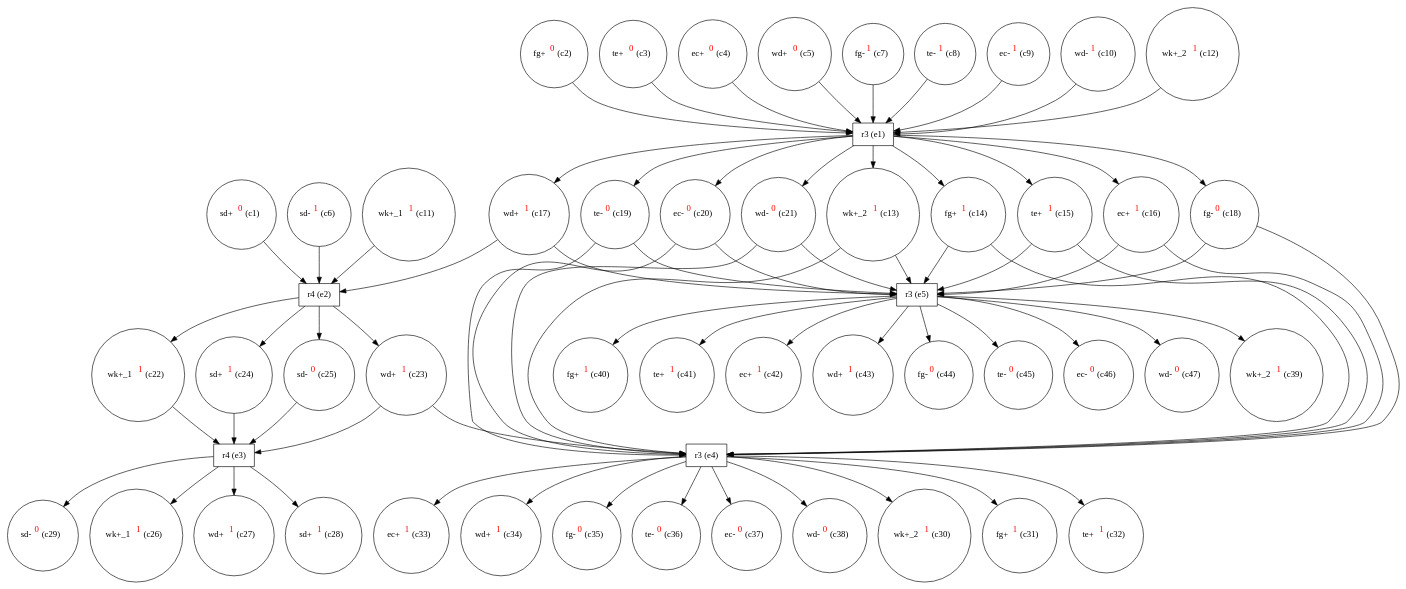
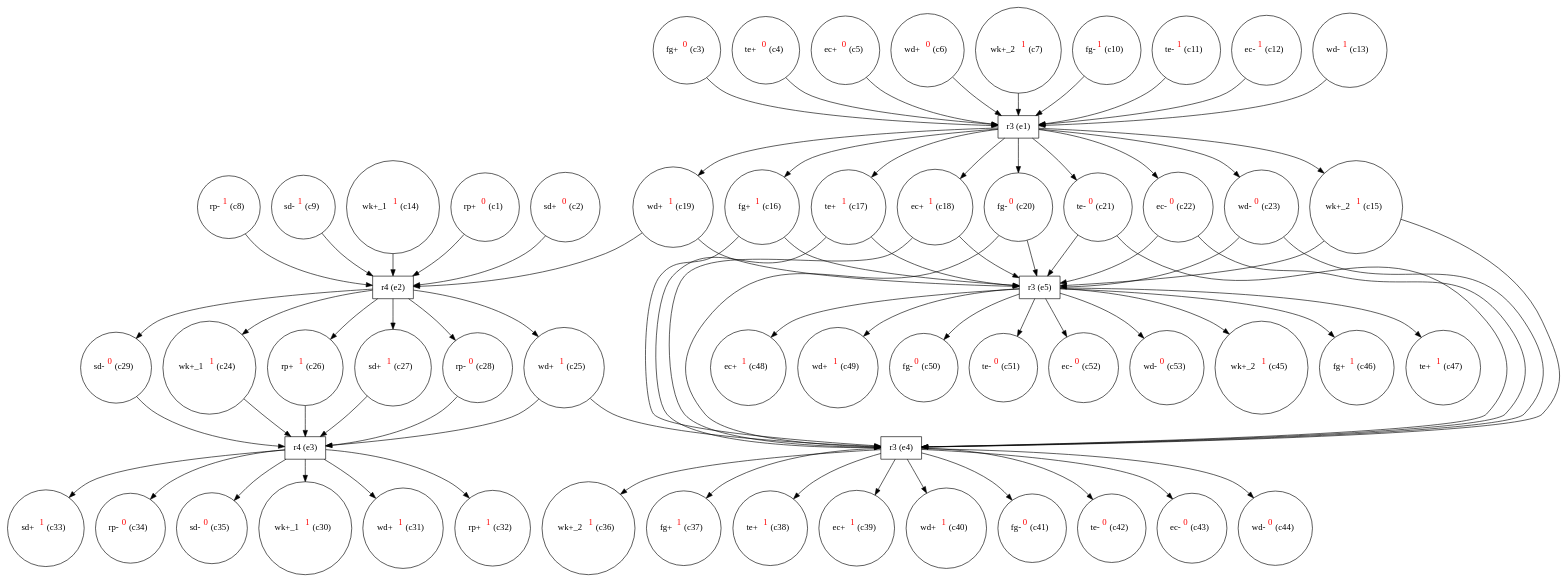
One commit to giannkas/ecofolder changed the diagram in termites_r3_eg.dot. Above: the diagram before and after it, drawn with Graphviz. The commit also changed 23 other files, not shown here.

Commit message:
start to debugging with valgrind, r3 and r4 still not working properly but valgrind seems to give a hint at the level of the pr_encoding. It's necessary to make more test and try to figure out what's happening. God bless you.

```diff
--- a/termites_r3_eg.dot
+++ b/termites_r3_eg.dot
@@ -1,124 +1,138 @@
 digraph test {
   c1 -> e2;
-  c2 -> e1;
+  c2 -> e2;
   c3 -> e1;
   c4 -> e1;
   c5 -> e1;
-  c6 -> e2;
+  c6 -> e1;
   c7 -> e1;
-  c8 -> e1;
-  c9 -> e1;
+  c8 -> e2;
+  c9 -> e2;
   c10 -> e1;
-  c11 -> e2;
+  c11 -> e1;
   c12 -> e1;
-  e1 -> c13;
-  c13 -> e4;
-  c13 -> e5;
-  e1 -> c14;
-  c14 -> e4;
-  c14 -> e5;
+  c13 -> e1;
+  c14 -> e2;
   e1 -> c15;
   c15 -> e4;
   c15 -> e5;
   e1 -> c16;
   c16 -> e4;
   c16 -> e5;
   e1 -> c17;
-  c17 -> e2;
+  c17 -> e4;
   c17 -> e5;
   e1 -> c18;
   c18 -> e4;
   c18 -> e5;
   e1 -> c19;
-  c19 -> e4;
+  c19 -> e2;
   c19 -> e5;
   e1 -> c20;
   c20 -> e4;
   c20 -> e5;
   e1 -> c21;
   c21 -> e4;
   c21 -> e5;
-  e2 -> c22;
-  c22 -> e3;
-  e2 -> c23;
-  c23 -> e3;
+  e1 -> c22;
+  c22 -> e4;
+  c22 -> e5;
+  e1 -> c23;
   c23 -> e4;
+  c23 -> e5;
   e2 -> c24;
   c24 -> e3;
   e2 -> c25;
   c25 -> e3;
-  e3 -> c26;
-  e3 -> c27;
-  e3 -> c28;
-  e3 -> c29;
-  e4 -> c30;
-  e4 -> c31;
-  e4 -> c32;
-  e4 -> c33;
-  e4 -> c34;
-  e4 -> c35;
+  c25 -> e4;
+  e2 -> c26;
+  c26 -> e3;
+  e2 -> c27;
+  c27 -> e3;
+  e2 -> c28;
+  c28 -> e3;
+  e2 -> c29;
+  c29 -> e3;
+  e3 -> c30;
+  e3 -> c31;
+  e3 -> c32;
+  e3 -> c33;
+  e3 -> c34;
+  e3 -> c35;
   e4 -> c36;
   e4 -> c37;
   e4 -> c38;
-  e5 -> c39;
-  e5 -> c40;
-  e5 -> c41;
-  e5 -> c42;
-  e5 -> c43;
-  e5 -> c44;
+  e4 -> c39;
+  e4 -> c40;
+  e4 -> c41;
+  e4 -> c42;
+  e4 -> c43;
+  e4 -> c44;
   e5 -> c45;
   e5 -> c46;
   e5 -> c47;
-  c1 [label= <sd+<FONT COLOR="red"><SUP>0</SUP></FONT>&nbsp;(c1)> shape=circle];
-  c2 [label= <fg+<FONT COLOR="red"><SUP>0</SUP></FONT>&nbsp;(c2)> shape=circle];
-  c3 [label= <te+<FONT COLOR="red"><SUP>0</SUP></FONT>&nbsp;(c3)> shape=circle];
-  c4 [label= <ec+<FONT COLOR="red"><SUP>0</SUP></FONT>&nbsp;(c4)> shape=circle];
-  c5 [label= <wd+<FONT COLOR="red"><SUP>0</SUP></FONT>&nbsp;(c5)> shape=circle];
-  c6 [label= <sd-<FONT COLOR="red"><SUP>1</SUP></FONT>&nbsp;(c6)> shape=circle];
-  c7 [label= <fg-<FONT COLOR="red"><SUP>1</SUP></FONT>&nbsp;(c7)> shape=circle];
-  c8 [label= <te-<FONT COLOR="red"><SUP>1</SUP></FONT>&nbsp;(c8)> shape=circle];
-  c9 [label= <ec-<FONT COLOR="red"><SUP>1</SUP></FONT>&nbsp;(c9)> shape=circle];
-  c10 [label= <wd-<FONT COLOR="red"><SUP>1</SUP></FONT>&nbsp;(c10)> shape=circle];
-  c11 [label= <wk+_1<FONT COLOR="red"><SUP>1</SUP></FONT>&nbsp;(c11)> shape=circle];
-  c12 [label= <wk+_2<FONT COLOR="red"><SUP>1</SUP></FONT>&nbsp;(c12)> shape=circle];
-  c13 [label= <wk+_2<FONT COLOR="red"><SUP>1</SUP></FONT>&nbsp;(c13)> shape=circle];
-  c14 [label= <fg+<FONT COLOR="red"><SUP>1</SUP></FONT>&nbsp;(c14)> shape=circle];
-  c15 [label= <te+<FONT COLOR="red"><SUP>1</SUP></FONT>&nbsp;(c15)> shape=circle];
-  c16 [label= <ec+<FONT COLOR="red"><SUP>1</SUP></FONT>&nbsp;(c16)> shape=circle];
-  c17 [label= <wd+<FONT COLOR="red"><SUP>1</SUP></FONT>&nbsp;(c17)> shape=circle];
-  c18 [label= <fg-<FONT COLOR="red"><SUP>0</SUP></FONT>&nbsp;(c18)> shape=circle];
-  c19 [label= <te-<FONT COLOR="red"><SUP>0</SUP></FONT>&nbsp;(c19)> shape=circle];
-  c20 [label= <ec-<FONT COLOR="red"><SUP>0</SUP></FONT>&nbsp;(c20)> shape=circle];
-  c21 [label= <wd-<FONT COLOR="red"><SUP>0</SUP></FONT>&nbsp;(c21)> shape=circle];
-  c22 [label= <wk+_1<FONT COLOR="red"><SUP>1</SUP></FONT>&nbsp;(c22)> shape=circle];
-  c23 [label= <wd+<FONT COLOR="red"><SUP>1</SUP></FONT>&nbsp;(c23)> shape=circle];
-  c24 [label= <sd+<FONT COLOR="red"><SUP>1</SUP></FONT>&nbsp;(c24)> shape=circle];
-  c25 [label= <sd-<FONT COLOR="red"><SUP>0</SUP></FONT>&nbsp;(c25)> shape=circle];
-  c26 [label= <wk+_1<FONT COLOR="red"><SUP>1</SUP></FONT>&nbsp;(c26)> shape=circle];
-  c27 [label= <wd+<FONT COLOR="red"><SUP>1</SUP></FONT>&nbsp;(c27)> shape=circle];
-  c28 [label= <sd+<FONT COLOR="red"><SUP>1</SUP></FONT>&nbsp;(c28)> shape=circle];
+  e5 -> c48;
+  e5 -> c49;
+  e5 -> c50;
+  e5 -> c51;
+  e5 -> c52;
+  e5 -> c53;
+  c1 [label= <rp+<FONT COLOR="red"><SUP>0</SUP></FONT>&nbsp;(c1)> shape=circle];
+  c2 [label= <sd+<FONT COLOR="red"><SUP>0</SUP></FONT>&nbsp;(c2)> shape=circle];
+  c3 [label= <fg+<FONT COLOR="red"><SUP>0</SUP></FONT>&nbsp;(c3)> shape=circle];
+  c4 [label= <te+<FONT COLOR="red"><SUP>0</SUP></FONT>&nbsp;(c4)> shape=circle];
+  c5 [label= <ec+<FONT COLOR="red"><SUP>0</SUP></FONT>&nbsp;(c5)> shape=circle];
+  c6 [label= <wd+<FONT COLOR="red"><SUP>0</SUP></FONT>&nbsp;(c6)> shape=circle];
+  c7 [label= <wk+_2<FONT COLOR="red"><SUP>1</SUP></FONT>&nbsp;(c7)> shape=circle];
+  c8 [label= <rp-<FONT COLOR="red"><SUP>1</SUP></FONT>&nbsp;(c8)> shape=circle];
+  c9 [label= <sd-<FONT COLOR="red"><SUP>1</SUP></FONT>&nbsp;(c9)> shape=circle];
+  c10 [label= <fg-<FONT COLOR="red"><SUP>1</SUP></FONT>&nbsp;(c10)> shape=circle];
+  c11 [label= <te-<FONT COLOR="red"><SUP>1</SUP></FONT>&nbsp;(c11)> shape=circle];
+  c12 [label= <ec-<FONT COLOR="red"><SUP>1</SUP></FONT>&nbsp;(c12)> shape=circle];
+  c13 [label= <wd-<FONT COLOR="red"><SUP>1</SUP></FONT>&nbsp;(c13)> shape=circle];
+  c14 [label= <wk+_1<FONT COLOR="red"><SUP>1</SUP></FONT>&nbsp;(c14)> shape=circle];
+  c15 [label= <wk+_2<FONT COLOR="red"><SUP>1</SUP></FONT>&nbsp;(c15)> shape=circle];
+  c16 [label= <fg+<FONT COLOR="red"><SUP>1</SUP></FONT>&nbsp;(c16)> shape=circle];
+  c17 [label= <te+<FONT COLOR="red"><SUP>1</SUP></FONT>&nbsp;(c17)> shape=circle];
+  c18 [label= <ec+<FONT COLOR="red"><SUP>1</SUP></FONT>&nbsp;(c18)> shape=circle];
+  c19 [label= <wd+<FONT COLOR="red"><SUP>1</SUP></FONT>&nbsp;(c19)> shape=circle];
+  c20 [label= <fg-<FONT COLOR="red"><SUP>0</SUP></FONT>&nbsp;(c20)> shape=circle];
+  c21 [label= <te-<FONT COLOR="red"><SUP>0</SUP></FONT>&nbsp;(c21)> shape=circle];
+  c22 [label= <ec-<FONT COLOR="red"><SUP>0</SUP></FONT>&nbsp;(c22)> shape=circle];
+  c23 [label= <wd-<FONT COLOR="red"><SUP>0</SUP></FONT>&nbsp;(c23)> shape=circle];
+  c24 [label= <wk+_1<FONT COLOR="red"><SUP>1</SUP></FONT>&nbsp;(c24)> shape=circle];
+  c25 [label= <wd+<FONT COLOR="red"><SUP>1</SUP></FONT>&nbsp;(c25)> shape=circle];
+  c26 [label= <rp+<FONT COLOR="red"><SUP>1</SUP></FONT>&nbsp;(c26)> shape=circle];
+  c27 [label= <sd+<FONT COLOR="red"><SUP>1</SUP></FONT>&nbsp;(c27)> shape=circle];
+  c28 [label= <rp-<FONT COLOR="red"><SUP>0</SUP></FONT>&nbsp;(c28)> shape=circle];
   c29 [label= <sd-<FONT COLOR="red"><SUP>0</SUP></FONT>&nbsp;(c29)> shape=circle];
-  c30 [label= <wk+_2<FONT COLOR="red"><SUP>1</SUP></FONT>&nbsp;(c30)> shape=circle];
-  c31 [label= <fg+<FONT COLOR="red"><SUP>1</SUP></FONT>&nbsp;(c31)> shape=circle];
-  c32 [label= <te+<FONT COLOR="red"><SUP>1</SUP></FONT>&nbsp;(c32)> shape=circle];
-  c33 [label= <ec+<FONT COLOR="red"><SUP>1</SUP></FONT>&nbsp;(c33)> shape=circle];
-  c34 [label= <wd+<FONT COLOR="red"><SUP>1</SUP></FONT>&nbsp;(c34)> shape=circle];
-  c35 [label= <fg-<FONT COLOR="red"><SUP>0</SUP></FONT>&nbsp;(c35)> shape=circle];
-  c36 [label= <te-<FONT COLOR="red"><SUP>0</SUP></FONT>&nbsp;(c36)> shape=circle];
-  c37 [label= <ec-<FONT COLOR="red"><SUP>0</SUP></FONT>&nbsp;(c37)> shape=circle];
-  c38 [label= <wd-<FONT COLOR="red"><SUP>0</SUP></FONT>&nbsp;(c38)> shape=circle];
-  c39 [label= <wk+_2<FONT COLOR="red"><SUP>1</SUP></FONT>&nbsp;(c39)> shape=circle];
-  c40 [label= <fg+<FONT COLOR="red"><SUP>1</SUP></FONT>&nbsp;(c40)> shape=circle];
-  c41 [label= <te+<FONT COLOR="red"><SUP>1</SUP></FONT>&nbsp;(c41)> shape=circle];
-  c42 [label= <ec+<FONT COLOR="red"><SUP>1</SUP></FONT>&nbsp;(c42)> shape=circle];
-  c43 [label= <wd+<FONT COLOR="red"><SUP>1</SUP></FONT>&nbsp;(c43)> shape=circle];
-  c44 [label= <fg-<FONT COLOR="red"><SUP>0</SUP></FONT>&nbsp;(c44)> shape=circle];
-  c45 [label= <te-<FONT COLOR="red"><SUP>0</SUP></FONT>&nbsp;(c45)> shape=circle];
-  c46 [label= <ec-<FONT COLOR="red"><SUP>0</SUP></FONT>&nbsp;(c46)> shape=circle];
-  c47 [label= <wd-<FONT COLOR="red"><SUP>0</SUP></FONT>&nbsp;(c47)> shape=circle];
+  c30 [label= <wk+_1<FONT COLOR="red"><SUP>1</SUP></FONT>&nbsp;(c30)> shape=circle];
+  c31 [label= <wd+<FONT COLOR="red"><SUP>1</SUP></FONT>&nbsp;(c31)> shape=circle];
+  c32 [label= <rp+<FONT COLOR="red"><SUP>1</SUP></FONT>&nbsp;(c32)> shape=circle];
+  c33 [label= <sd+<FONT COLOR="red"><SUP>1</SUP></FONT>&nbsp;(c33)> shape=circle];
+  c34 [label= <rp-<FONT COLOR="red"><SUP>0</SUP></FONT>&nbsp;(c34)> shape=circle];
+  c35 [label= <sd-<FONT COLOR="red"><SUP>0</SUP></FONT>&nbsp;(c35)> shape=circle];
+  c36 [label= <wk+_2<FONT COLOR="red"><SUP>1</SUP></FONT>&nbsp;(c36)> shape=circle];
+  c37 [label= <fg+<FONT COLOR="red"><SUP>1</SUP></FONT>&nbsp;(c37)> shape=circle];
+  c38 [label= <te+<FONT COLOR="red"><SUP>1</SUP></FONT>&nbsp;(c38)> shape=circle];
+  c39 [label= <ec+<FONT COLOR="red"><SUP>1</SUP></FONT>&nbsp;(c39)> shape=circle];
+  c40 [label= <wd+<FONT COLOR="red"><SUP>1</SUP></FONT>&nbsp;(c40)> shape=circle];
+  c41 [label= <fg-<FONT COLOR="red"><SUP>0</SUP></FONT>&nbsp;(c41)> shape=circle];
+  c42 [label= <te-<FONT COLOR="red"><SUP>0</SUP></FONT>&nbsp;(c42)> shape=circle];
+  c43 [label= <ec-<FONT COLOR="red"><SUP>0</SUP></FONT>&nbsp;(c43)> shape=circle];
+  c44 [label= <wd-<FONT COLOR="red"><SUP>0</SUP></FONT>&nbsp;(c44)> shape=circle];
+  c45 [label= <wk+_2<FONT COLOR="red"><SUP>1</SUP></FONT>&nbsp;(c45)> shape=circle];
+  c46 [label= <fg+<FONT COLOR="red"><SUP>1</SUP></FONT>&nbsp;(c46)> shape=circle];
+  c47 [label= <te+<FONT COLOR="red"><SUP>1</SUP></FONT>&nbsp;(c47)> shape=circle];
+  c48 [label= <ec+<FONT COLOR="red"><SUP>1</SUP></FONT>&nbsp;(c48)> shape=circle];
+  c49 [label= <wd+<FONT COLOR="red"><SUP>1</SUP></FONT>&nbsp;(c49)> shape=circle];
+  c50 [label= <fg-<FONT COLOR="red"><SUP>0</SUP></FONT>&nbsp;(c50)> shape=circle];
+  c51 [label= <te-<FONT COLOR="red"><SUP>0</SUP></FONT>&nbsp;(c51)> shape=circle];
+  c52 [label= <ec-<FONT COLOR="red"><SUP>0</SUP></FONT>&nbsp;(c52)> shape=circle];
+  c53 [label= <wd-<FONT COLOR="red"><SUP>0</SUP></FONT>&nbsp;(c53)> shape=circle];
   e1 [label="r3 (e1)" shape=box];
   e2 [label="r4 (e2)" shape=box];
   e3 [label="r4 (e3)" shape=box];
   e4 [label="r3 (e4)" shape=box];
   e5 [label="r3 (e5)" shape=box];
 }
```
